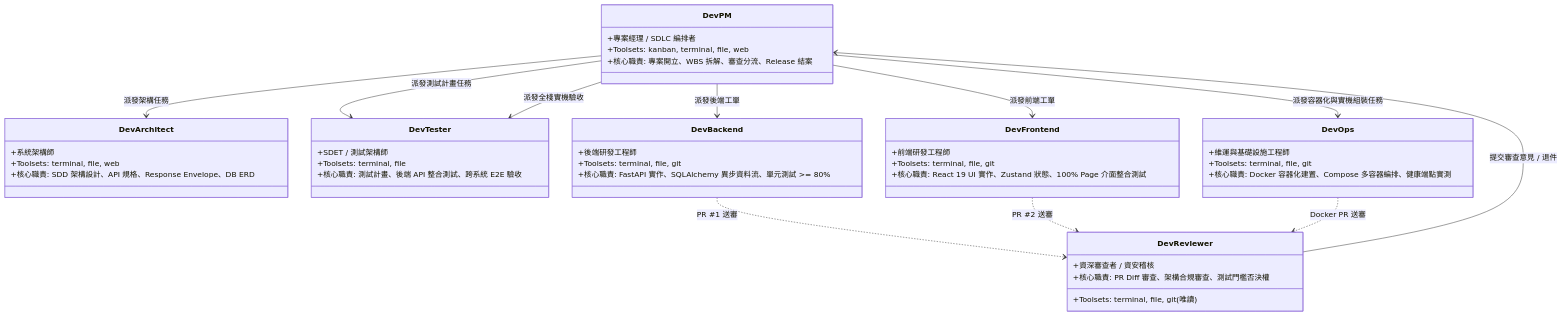
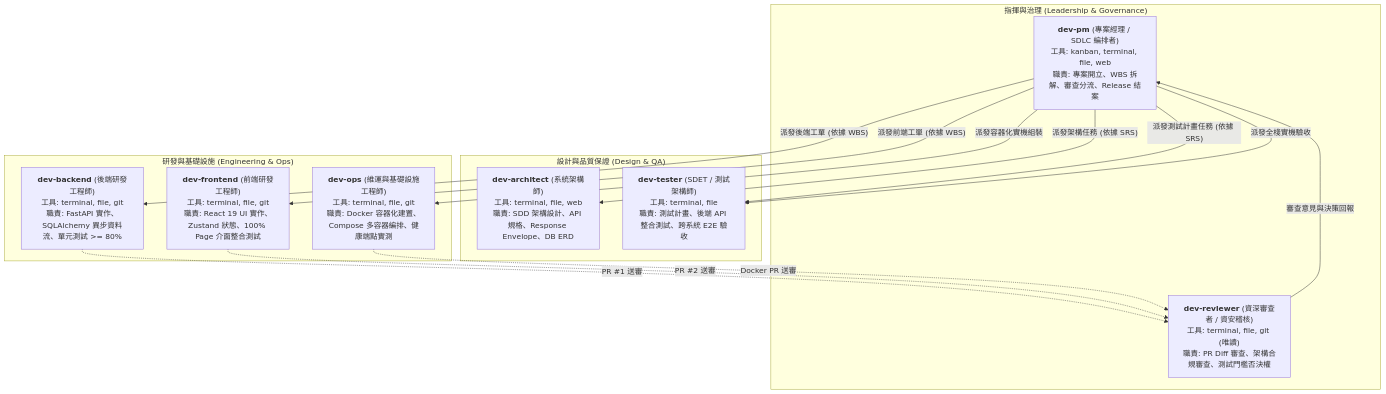
The fifth of 6 diagrams in SDLC_AGENT_TEAM_WORKFLOW.md (roychshao/hermes-agent-k8s-config), drawn with Mermaid before and after one commit. The commit also changed other lines of this file, not shown here.

Commit message:
docs: refine SDLC workflow doc with first-person perspective, clarify self-chaining, fix mermaid syntax, and remove unverified stats

````diff
--- a/SDLC_AGENT_TEAM_WORKFLOW.md
+++ b/SDLC_AGENT_TEAM_WORKFLOW.md
@@ -137,49 +264,29 @@
 ```mermaid
-classDiagram
-    class DevPM {
-        +專案經理 / SDLC 編排者
-        +Toolsets: kanban, terminal, file, web
-        +核心職責: 專案開立、WBS 拆解、審查分流、Release 結案
-    }
-    class DevArchitect {
-        +系統架構師
-        +Toolsets: terminal, file, web
-        +核心職責: SDD 架構設計、API 規格、Response Envelope、DB ERD
-    }
-    class DevTester {
-        +SDET / 測試架構師
-        +Toolsets: terminal, file
-        +核心職責: 測試計畫、後端 API 整合測試、跨系統 E2E 驗收
-    }
-    class DevBackend {
-        +後端研發工程師
-        +Toolsets: terminal, file, git
-        +核心職責: FastAPI 實作、SQLAlchemy 異步資料流、單元測試 >= 80%
-    }
-    class DevFrontend {
-        +前端研發工程師
-        +Toolsets: terminal, file, git
-        +核心職責: React 19 UI 實作、Zustand 狀態、100% Page 介面整合測試
-    }
-    class DevReviewer {
-        +資深審查者 / 資安稽核
-        +Toolsets: terminal, file, git (唯讀)
-        +核心職責: PR Diff 審查、架構合規審查、測試門檻否決權
-    }
-    class DevOps {
-        +維運與基礎設施工程師
-        +Toolsets: terminal, file, git
-        +核心職責: Docker 容器化建置、Compose 多容器編排、健康端點實測
-    }
+graph TD
+    subgraph Leadership ["指揮與治理 (Leadership & Governance)"]
+        DevPM["<b>dev-pm</b> (專案經理 / SDLC 編排者)<br>工具: kanban, terminal, file, web<br>職責: 專案開立、WBS 拆解、審查分流、Release 結案"]
+        DevReviewer["<b>dev-reviewer</b> (資深審查者 / 資安稽核)<br>工具: terminal, file, git (唯讀)<br>職責: PR Diff 審查、架構合規審查、測試門檻否決權"]
+    end
 
-    DevPM --> DevArchitect : 派發架構任務
-    DevPM --> DevTester : 派發測試計畫任務
-    DevPM --> DevBackend : 派發後端工單
-    DevPM --> DevFrontend : 派發前端工單
-    DevBackend ..> DevReviewer : PR #1 送審
-    DevFrontend ..> DevReviewer : PR #2 送審
-    DevReviewer --> DevPM : 提交審查意見 / 退件
-    DevPM --> DevOps : 派發容器化與實機組裝任務
-    DevOps ..> DevReviewer : Docker PR 送審
-    DevPM --> DevTester : 派發全棧實機驗收
+    subgraph Design_QA ["設計與品質保證 (Design & QA)"]
+        DevArchitect["<b>dev-architect</b> (系統架構師)<br>工具: terminal, file, web<br>職責: SDD 架構設計、API 規格、Response Envelope、DB ERD"]
+        DevTester["<b>dev-tester</b> (SDET / 測試架構師)<br>工具: terminal, file<br>職責: 測試計畫、後端 API 整合測試、跨系統 E2E 驗收"]
+    end
+
+    subgraph Implementation ["研發與基礎設施 (Engineering & Ops)"]
+        DevBackend["<b>dev-backend</b> (後端研發工程師)<br>工具: terminal, file, git<br>職責: FastAPI 實作、SQLAlchemy 異步資料流、單元測試 >= 80%"]
+        DevFrontend["<b>dev-frontend</b> (前端研發工程師)<br>工具: terminal, file, git<br>職責: React 19 UI 實作、Zustand 狀態、100% Page 介面整合測試"]
+        DevOps["<b>dev-ops</b> (維運與基礎設施工程師)<br>工具: terminal, file, git<br>職責: Docker 容器化建置、Compose 多容器編排、健康端點實測"]
+    end
+
+    DevPM -->|"派發架構任務 (依據 SRS)"| DevArchitect
+    DevPM -->|"派發測試計畫任務 (依據 SRS)"| DevTester
+    DevPM -->|"派發後端工單 (依據 WBS)"| DevBackend
+    DevPM -->|"派發前端工單 (依據 WBS)"| DevFrontend
+    DevBackend -.->|"PR #1 送審"| DevReviewer
+    DevFrontend -.->|"PR #2 送審"| DevReviewer
+    DevReviewer -->|"審查意見與決策回報"| DevPM
+    DevPM -->|"派發容器化實機組裝"| DevOps
+    DevOps -.->|"Docker PR 送審"| DevReviewer
+    DevPM -->|"派發全棧實機驗收"| DevTester
 ```
````
